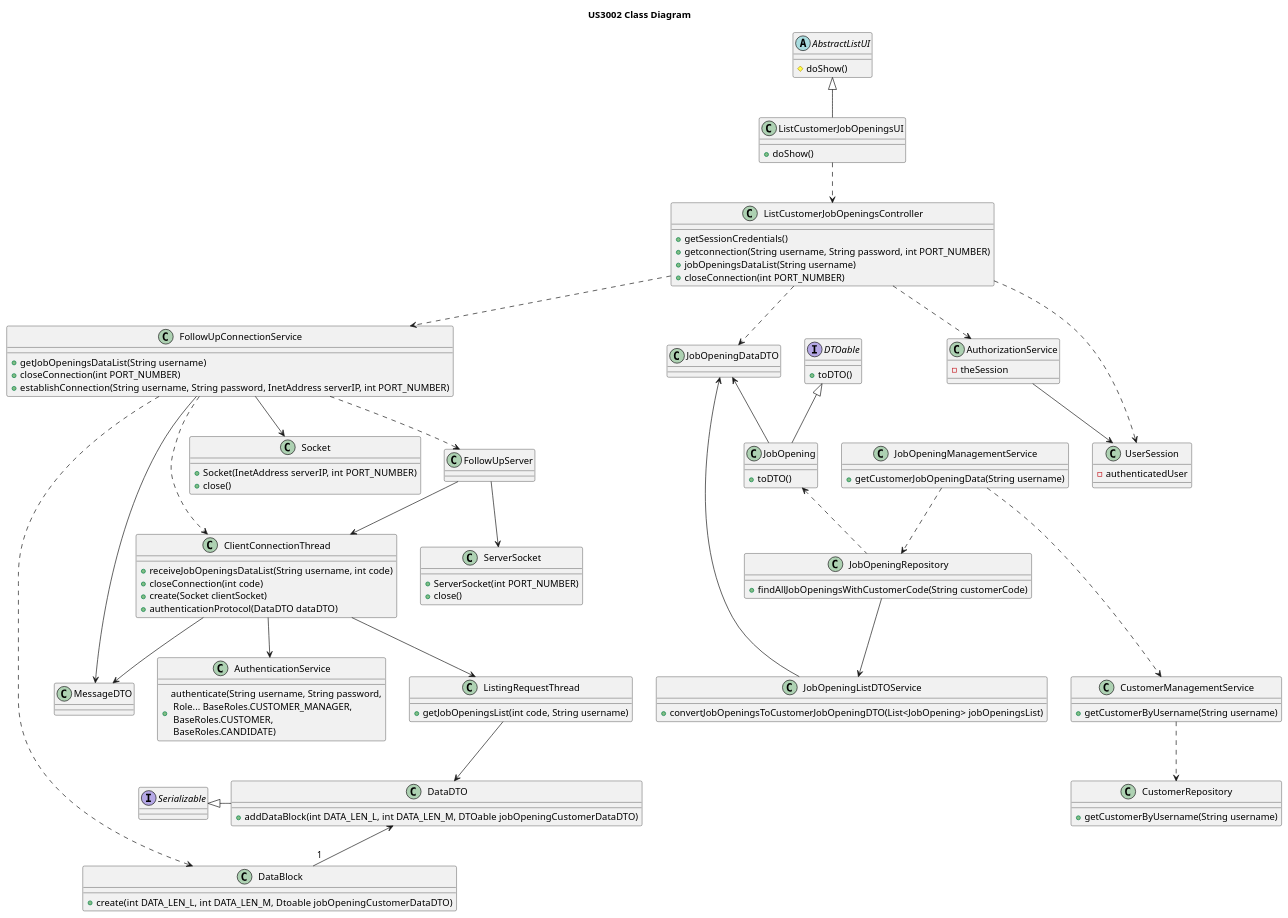
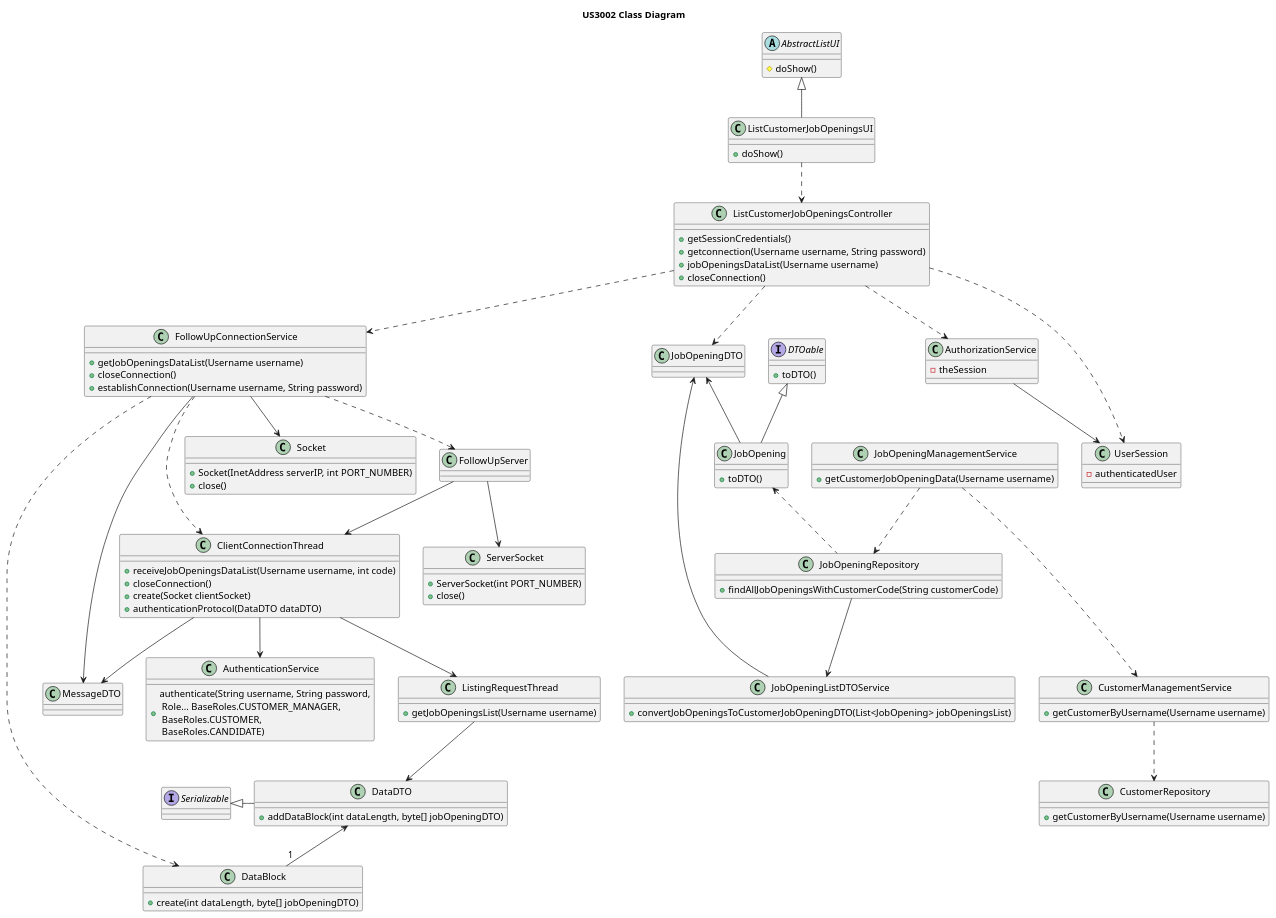
Before and after one commit to rita-barbosa/LAPR4-2324: the diagram in docs/sprint-c/us_3002/US3002_CD/us3002_cd.puml, drawn with PlantUML. The commit also changed 5 other files, not shown here.

First line of the commit message:
docs: US3002 - Diagrams Documentation Update

```diff
--- a/docs/sprint-c/us_3002/US3002_CD/us3002_cd.puml
+++ b/docs/sprint-c/us_3002/US3002_CD/us3002_cd.puml
@@ -1,154 +1,154 @@
 @startuml
 'https://plantuml.com/class-diagram
 
 title US3002 Class Diagram
 
 abstract class AbstractListUI {
 # doShow()
 }
 
 interface Serializable {}
 
 interface DTOable {
 + toDTO()
 }
 
 class ListCustomerJobOpeningsUI {
 + doShow()
 }
 
 class ListCustomerJobOpeningsController {
 + getSessionCredentials()
-+ getconnection(String username, String password, int PORT_NUMBER)
-+ jobOpeningsDataList(String username)
-+ closeConnection(int PORT_NUMBER)
++ getconnection(Username username, String password)
++ jobOpeningsDataList(Username username)
++ closeConnection()
 }
 
 
 class FollowUpConnectionService {
-+ getJobOpeningsDataList(String username)
-+ closeConnection(int PORT_NUMBER)
-+ establishConnection(String username, String password, InetAddress serverIP, int PORT_NUMBER)
++ getJobOpeningsDataList(Username username)
++ closeConnection()
++ establishConnection(Username username, String password)
 }
 
 
 
 class ClientConnectionThread {
-+ receiveJobOpeningsDataList(String username, int code)
-+ closeConnection(int code)
++ receiveJobOpeningsDataList(Username username, int code)
++ closeConnection()
 + create(Socket clientSocket)
 + authenticationProtocol(DataDTO dataDTO)
 }
 
 class DataDTO {
-+ addDataBlock(int DATA_LEN_L, int DATA_LEN_M, DTOable jobOpeningCustomerDataDTO)
++ addDataBlock(int dataLength, byte[] jobOpeningDTO)
 }
 
 
 class DataBlock {
-+ create(int DATA_LEN_L, int DATA_LEN_M, Dtoable jobOpeningCustomerDataDTO)
++ create(int dataLength, byte[] jobOpeningDTO)
 }
 
 class ListingRequestThread {
-+ getJobOpeningsList(int code, String username)
++ getJobOpeningsList(Username username)
 }
 
 
 class JobOpeningManagementService {
-+ getCustomerJobOpeningData(String username)
++ getCustomerJobOpeningData(Username username)
 }
 
 
 class JobOpeningListDTOService {
 + convertJobOpeningsToCustomerJobOpeningDTO(List<JobOpening> jobOpeningsList)
 }
 
 class CustomerManagementService {
-+ getCustomerByUsername(String username)
++ getCustomerByUsername(Username username)
 }
 
 class CustomerRepository {
-+ getCustomerByUsername(String username)
++ getCustomerByUsername(Username username)
 }
 
 class JobOpeningRepository {
 + findAllJobOpeningsWithCustomerCode(String customerCode)
 }
 
 class AuthorizationService {
 - theSession
 }
 
 class UserSession {
 - authenticatedUser
 }
 
 class MessageDTO {}
 
 class FollowUpServer {}
 
 class AuthenticationService {
 +  authenticate(String username, String password,\n Role... BaseRoles.CUSTOMER_MANAGER,\n BaseRoles.CUSTOMER,\n BaseRoles.CANDIDATE)
 }
 
 class JobOpening {
 + toDTO()
 }
 
 class Socket {
 + Socket(InetAddress serverIP, int PORT_NUMBER)
 + close()
 }
 
 class ServerSocket {
 + ServerSocket(int PORT_NUMBER)
 + close()
 }
 
-class JobOpeningDataDTO {}
+class JobOpeningDTO {}
 
 ' ASSOCIATIONS
 
 AbstractListUI <|-- ListCustomerJobOpeningsUI
 DTOable <|-- JobOpening
 Serializable <|- DataDTO
 
 ListCustomerJobOpeningsUI ..> ListCustomerJobOpeningsController
 
 ListCustomerJobOpeningsController ..> AuthorizationService
 ListCustomerJobOpeningsController ..> FollowUpConnectionService
-ListCustomerJobOpeningsController ..> JobOpeningDataDTO
+ListCustomerJobOpeningsController ..> JobOpeningDTO
 ListCustomerJobOpeningsController ..> UserSession
 
 
 FollowUpConnectionService ..> FollowUpServer
 FollowUpConnectionService ..> ClientConnectionThread
 FollowUpServer --> ClientConnectionThread
 ClientConnectionThread --> ListingRequestThread
 ClientConnectionThread --> AuthenticationService
 ClientConnectionThread --> MessageDTO
 
 FollowUpConnectionService --> Socket
 FollowUpServer --> ServerSocket
 
 JobOpeningManagementService ..> JobOpeningRepository
 JobOpeningRepository .up.> JobOpening
-JobOpening -up-> JobOpeningDataDTO
-JobOpeningListDTOService -up-> JobOpeningDataDTO
+JobOpening -up-> JobOpeningDTO
+JobOpeningListDTOService -up-> JobOpeningDTO
 JobOpeningRepository --> JobOpeningListDTOService
 
 JobOpeningManagementService ...> CustomerManagementService
 
 CustomerManagementService ..> CustomerRepository
 
 MessageDTO <-- FollowUpConnectionService
 
 AuthorizationService --> UserSession
 
 ListingRequestThread --> DataDTO
 
 DataDTO <-- "1" DataBlock
 
 FollowUpConnectionService .> DataBlock
 
 @enduml
```
